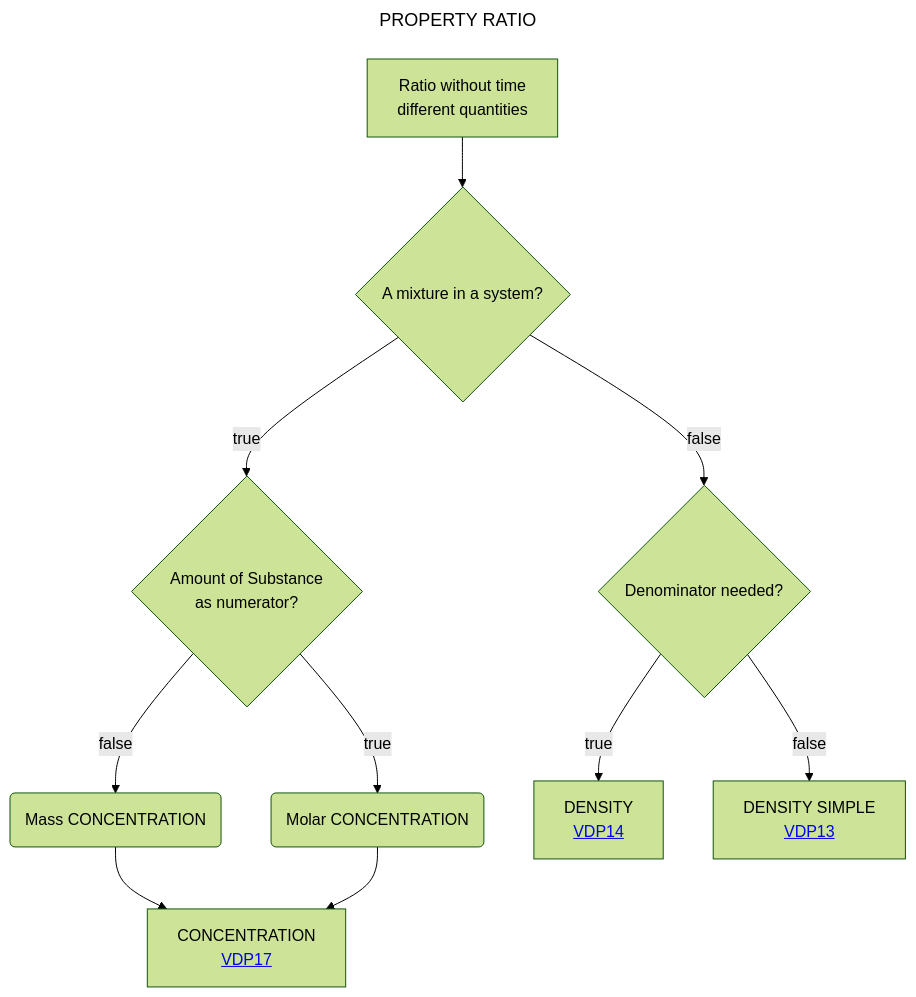
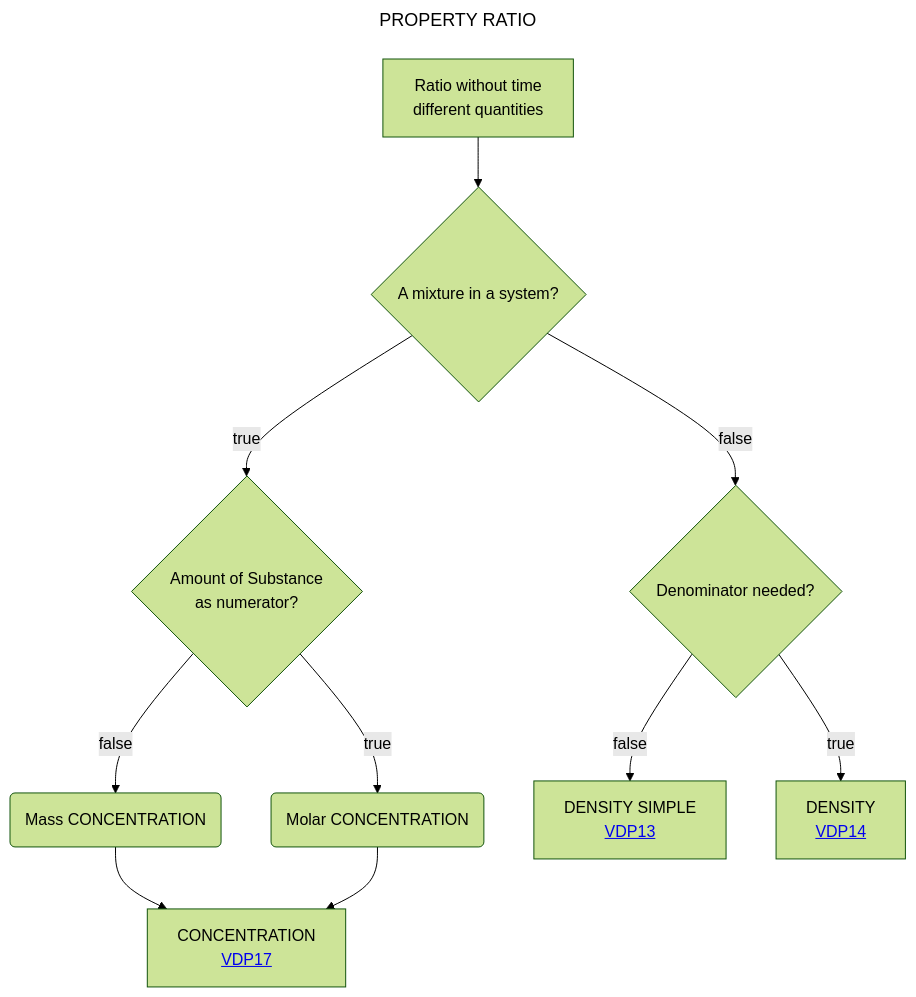
Before and after one commit to mabablue/I-ADOPT-patterns-playground: the diagram in Decisition_trees/DT4.mmd, drawn with Mermaid (forest theme).

```diff
--- a/Decisition_trees/DT4.mmd
+++ b/Decisition_trees/DT4.mmd
@@ -1,13 +1,13 @@
 ---
 title: PROPERTY RATIO
 ---
 flowchart TD
     A[Ratio without time <br> different quantities] --> P{A mixture in a system?}
     P --> |true|Q{Amount of Substance <br> as numerator?}
     Q --> |true|R(Molar CONCENTRATION)
     Q --> |false|S(Mass CONCENTRATION)
     P --> |false|U{Denominator needed?}
     S --> T[CONCENTRATION <br> <a href='https://github.com/mabablue/I-ADOPT-patterns-playground/blob/main/pattern/VDP17.yaml'>VDP17</a>]
     R --> T
-    U --> |true|V[DENSITY <br> <a href='https://github.com/mabablue/I-ADOPT-patterns-playground/blob/main/pattern/VDP14.yaml'>VDP14</a>]
-    U --> |false|X[DENSITY SIMPLE <br> <a href='https://github.com/mabablue/I-ADOPT-patterns-playground/blob/main/pattern/VDP13.yaml'>VDP13</a>]
+    U --> |false|V[DENSITY SIMPLE <br> <a href='https://github.com/mabablue/I-ADOPT-patterns-playground/blob/main/pattern/VDP13.yaml'>VDP13</a>]
+    U --> |true|X[DENSITY <br> <a href='https://github.com/mabablue/I-ADOPT-patterns-playground/blob/main/pattern/VDP14.yaml'>VDP14</a>]
```
